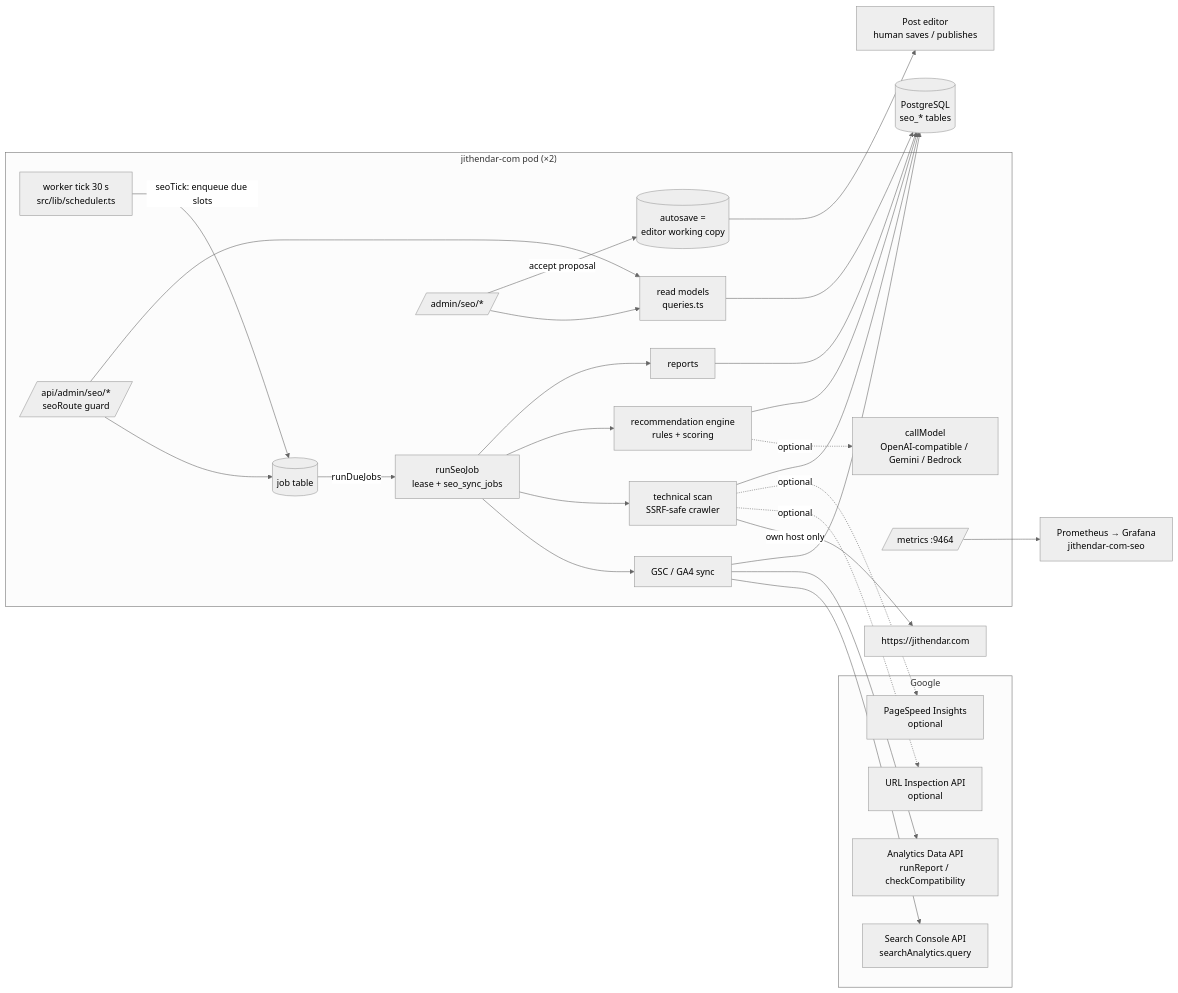
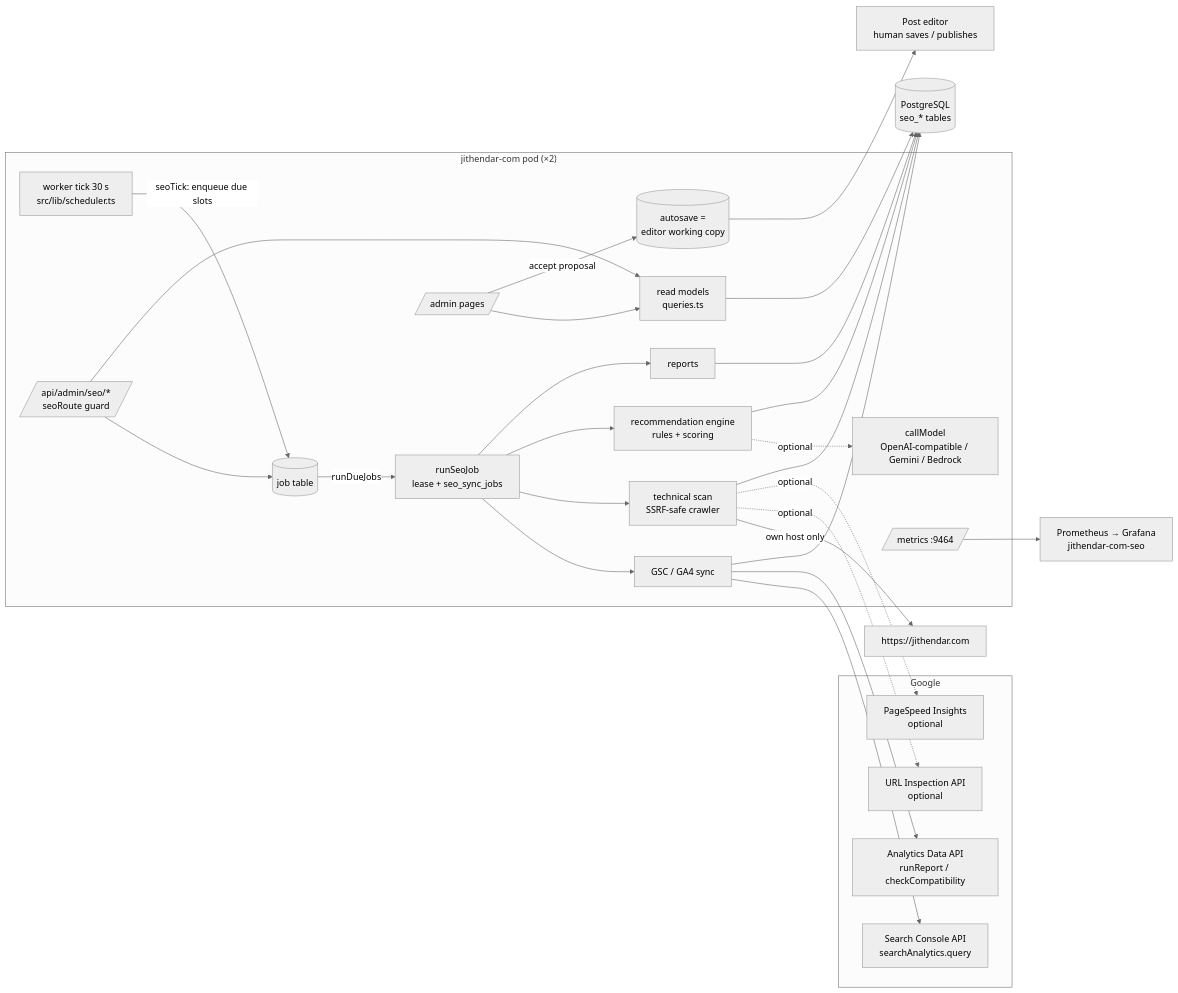
Before and after one commit to mrjithendar/moks-cms: the first of 4 diagrams in services/www/docs/seo/ARCHITECTURE.md, drawn with Mermaid (neutral theme). The commit also changed other lines of this file and 10 other files, not shown here.

First line of the commit message:
fix(seo-agent,docs): point the last /admin/seo links at the merged CMS pages (D-86)

````diff
--- a/services/www/docs/seo/ARCHITECTURE.md
+++ b/services/www/docs/seo/ARCHITECTURE.md
@@ -10,29 +10,29 @@
 ```mermaid
 flowchart LR
   subgraph Google
     GSC[Search Console API<br/>searchAnalytics.query]
     GA4[Analytics Data API<br/>runReport / checkCompatibility]
     UI2[URL Inspection API<br/>optional]
     PSI[PageSpeed Insights<br/>optional]
   end
   subgraph Pod["jithendar-com pod (×2)"]
     W[worker tick 30 s<br/>src/lib/scheduler.ts] -->|seoTick: enqueue due slots| Q[(job table)]
     Q -->|runDueJobs| R[runSeoJob<br/>lease + seo_sync_jobs]
     R --> S[GSC / GA4 sync]
     R --> T[technical scan<br/>SSRF-safe crawler]
     R --> E[recommendation engine<br/>rules + scoring]
     R --> P[reports]
     E -. optional .-> LLM[callModel<br/>OpenAI-compatible / Gemini / Bedrock]
     API[/api/admin/seo/*<br/>seoRoute guard/] --> Q
-    UI[/admin/seo/*/] --> RM[read models<br/>queries.ts]
+    UI[/admin pages/] --> RM[read models<br/>queries.ts]
     API --> RM
     UI -->|accept proposal| AS[(autosave =<br/>editor working copy)]
     M[/metrics :9464/]
   end
   S --> GSC & GA4
   T -->|own host only| Site[https://jithendar.com]
   T -. optional .-> UI2 & PSI
   S & E & T & P & RM --> DB[(PostgreSQL<br/>seo_* tables)]
   AS --> Editor[Post editor<br/>human saves / publishes]
   M --> Prom[Prometheus → Grafana<br/>jithendar-com-seo]
 ```
````
